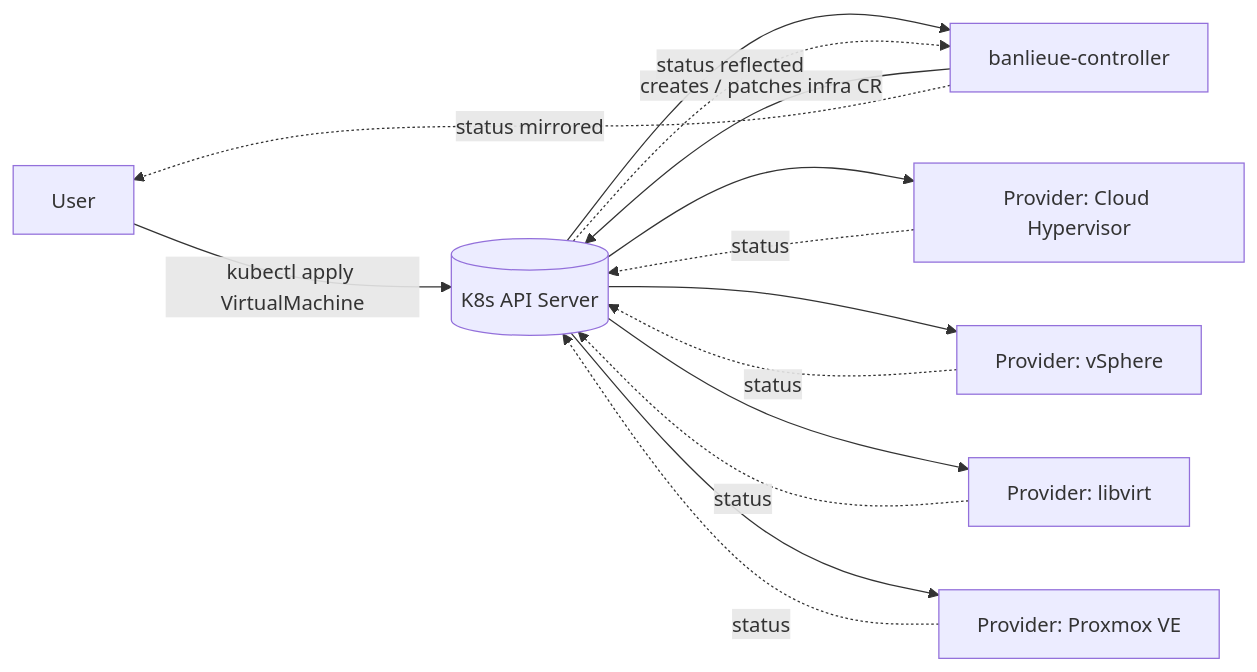
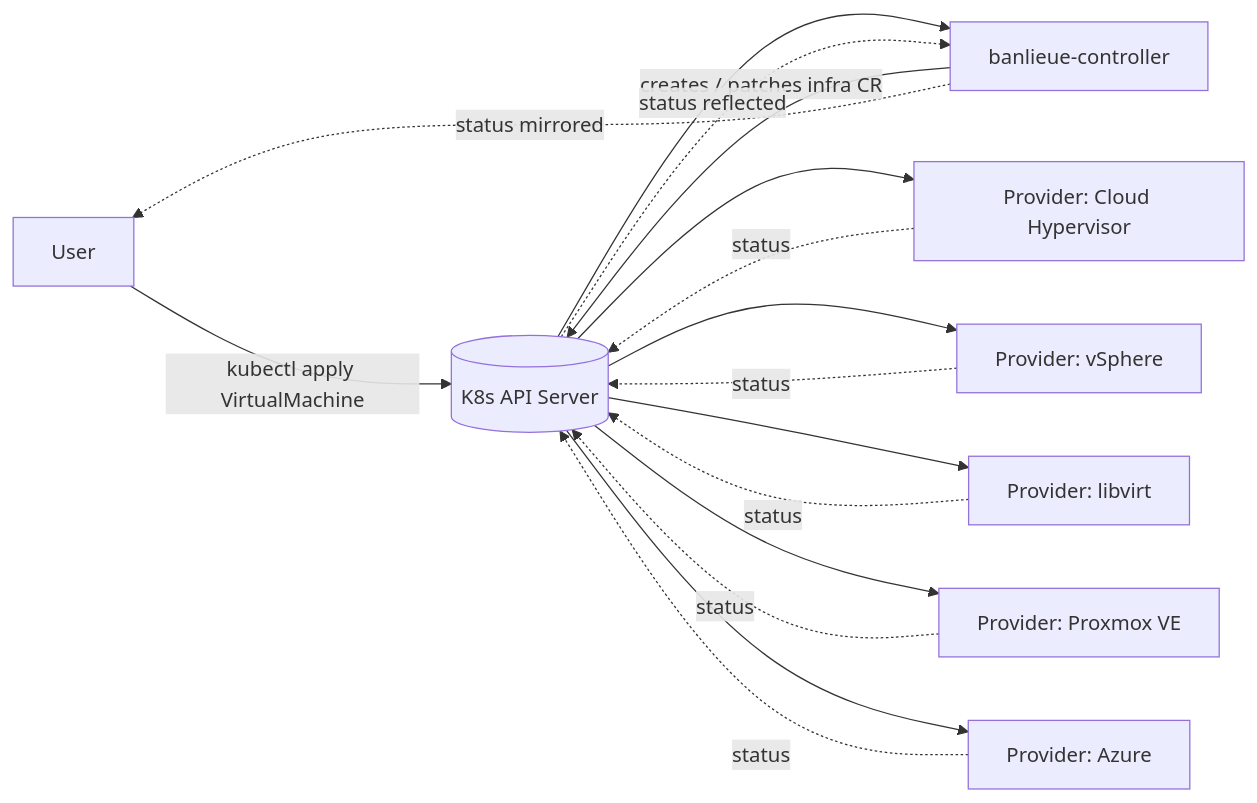
One commit to firestoned/banlieue changed the diagram in docs/src/index.md. Above: the diagram before and after it, drawn with Mermaid. The commit also changed other lines of this file and 44 other files, not shown here.

First line of the commit message:
docs: Providers section, Azure guides, threat model and roadmaps for ADR-0158 to 0170

````diff
--- a/docs/src/index.md
+++ b/docs/src/index.md
@@ -70,16 +70,18 @@
 ```mermaid
 flowchart LR
     user[User] -->|kubectl apply VirtualMachine| api[(K8s API Server)]
     api --> ctrl[banlieue-controller]
     ctrl -->|creates / patches infra CR| api
     api --> p0[Provider: Cloud Hypervisor]
     api --> p1[Provider: vSphere]
     api --> p2[Provider: libvirt]
     api --> p3[Provider: Proxmox VE]
+    api --> p4[Provider: Azure]
     p0 -.->|status| api
     p1 -.->|status| api
     p2 -.->|status| api
     p3 -.->|status| api
+    p4 -.->|status| api
     api -.->|status reflected| ctrl
     ctrl -.->|status mirrored| user
 ```
````
